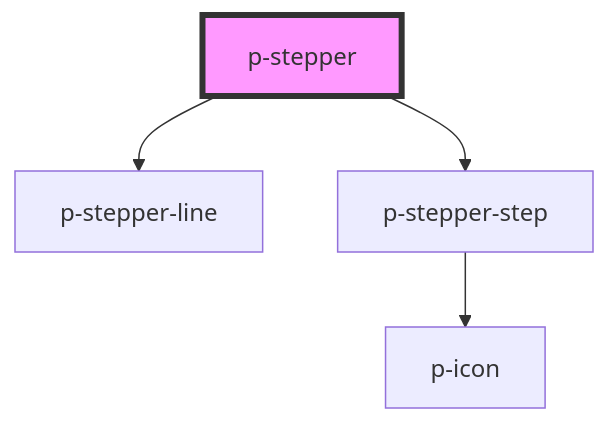
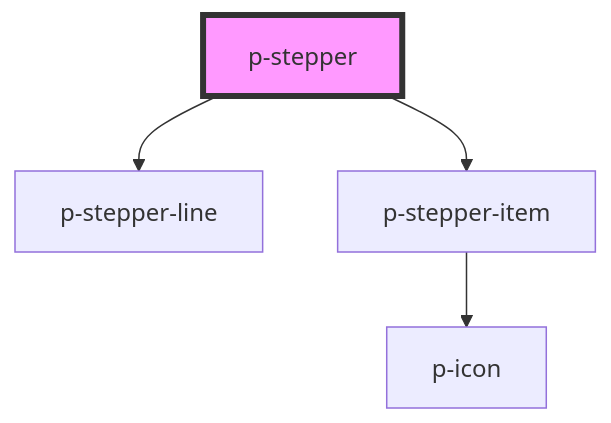
One commit to Employes/paperless changed the diagram in packages/core/src/components/molecules/stepper/readme.md. Above: the diagram before and after it, drawn with Mermaid. The commit also changed other lines of this file and 15 other files, not shown here.

Commit message:
feat(Atoms/Stepper-Item): Rename stepper step to stepper item

````diff
--- a/packages/core/src/components/molecules/stepper/readme.md
+++ b/packages/core/src/components/molecules/stepper/readme.md
@@ -32,7 +32,7 @@
 ```mermaid
 graph TD;
   p-stepper --> p-stepper-line
-  p-stepper --> p-stepper-step
-  p-stepper-step --> p-icon
+  p-stepper --> p-stepper-item
+  p-stepper-item --> p-icon
   style p-stepper fill:#f9f,stroke:#333,stroke-width:4px
 ```
````
